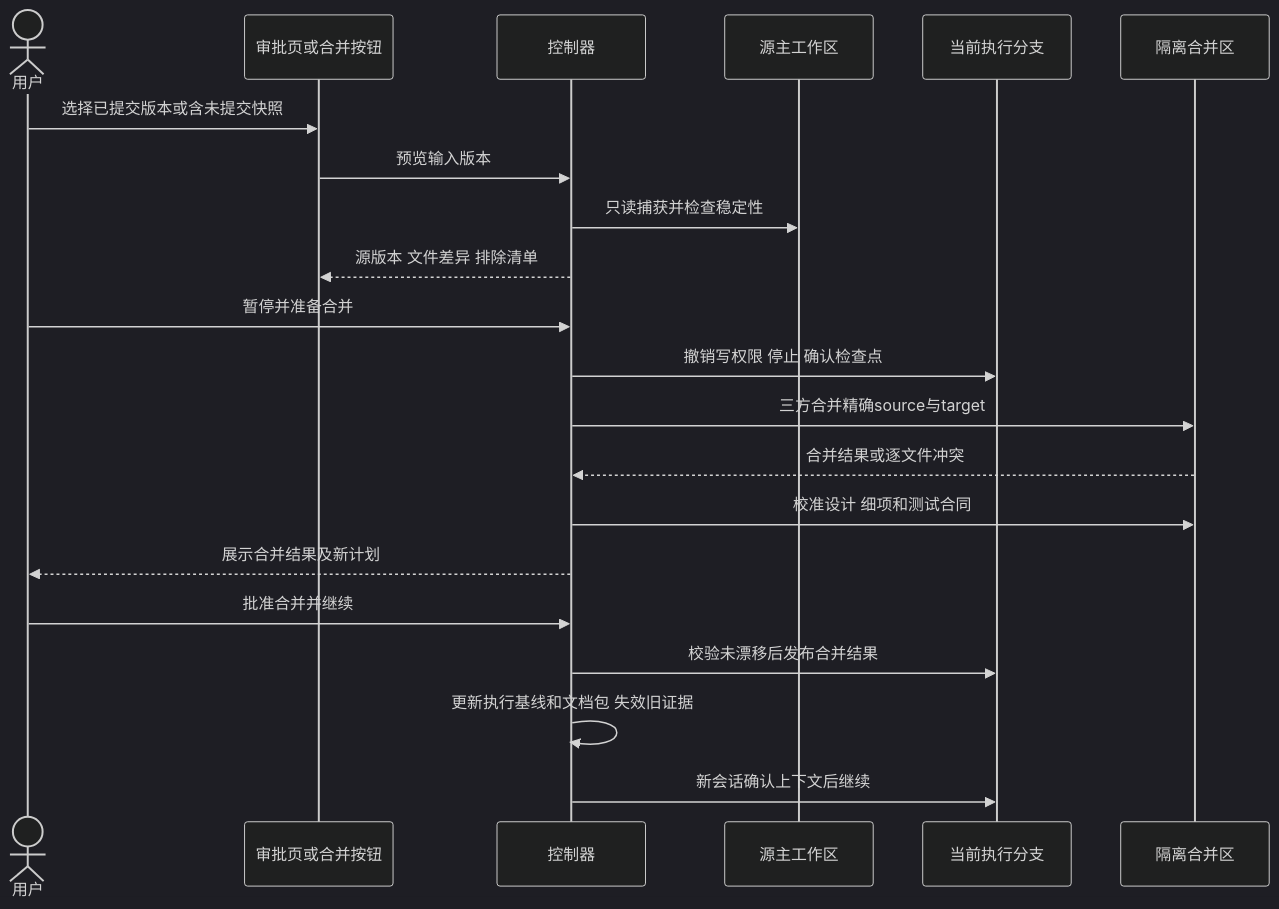
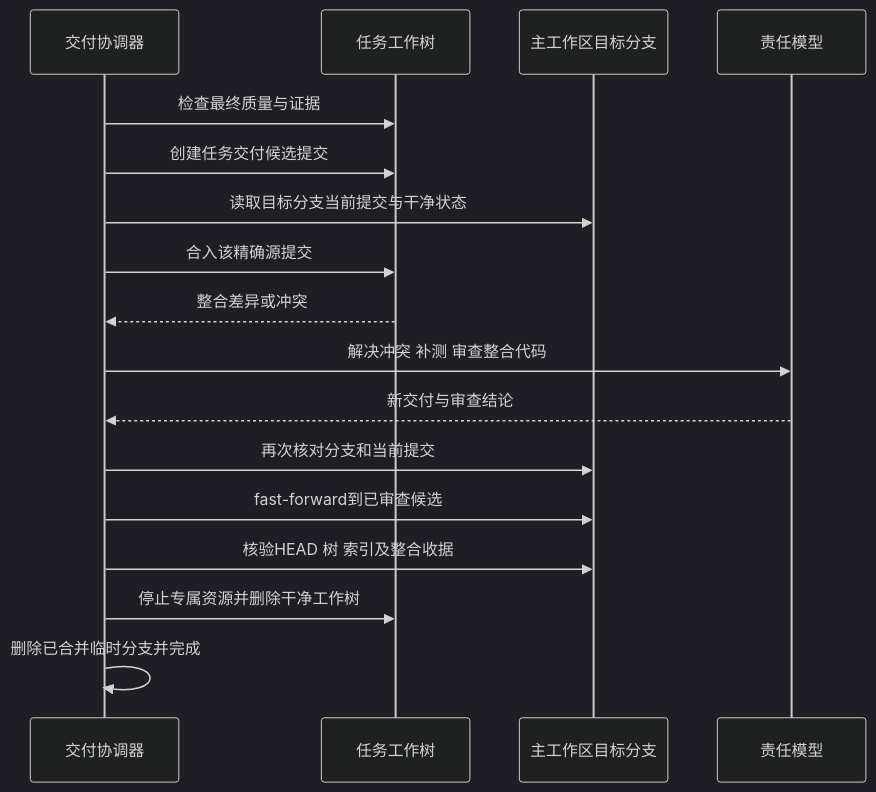
One commit to zephyrw/dev-flow changed the third of 3 diagrams in docs/plan/DevFlow跨平台通用工作流平台实施方案.md. Above: the diagram before and after it, drawn with Mermaid (dark theme). The commit also changed other lines of this file and 136 other files, not shown here.

````diff
--- a/docs/plan/DevFlow跨平台通用工作流平台实施方案.md
+++ b/docs/plan/DevFlow跨平台通用工作流平台实施方案.md
@@ -1379,23 +399,19 @@
 ```mermaid
 sequenceDiagram
-  actor U as 用户
-  participant UI as 审批页或合并按钮
-  participant C as 控制器
-  participant S as 源主工作区
-  participant T as 当前执行分支
-  participant I as 隔离合并区
-  U->>UI: 选择已提交版本或含未提交快照
-  UI->>C: 预览输入版本
-  C->>S: 只读捕获并检查稳定性
-  C-->>UI: 源版本 文件差异 排除清单
-  U->>C: 暂停并准备合并
-  C->>T: 撤销写权限 停止 确认检查点
-  C->>I: 三方合并精确source与target
-  I-->>C: 合并结果或逐文件冲突
-  C->>I: 校准设计 细项和测试合同
-  C-->>U: 展示合并结果及新计划
-  U->>C: 批准合并并继续
-  C->>T: 校验未漂移后发布合并结果
-  C->>C: 更新执行基线和文档包 失效旧证据
-  C->>T: 新会话确认上下文后继续
+  participant C as 交付协调器
+  participant T as 任务工作树
+  participant S as 主工作区目标分支
+  participant A as 责任模型
+  C->>T: 检查最终质量与证据
+  C->>T: 创建任务交付候选提交
+  C->>S: 读取目标分支当前提交与干净状态
+  C->>T: 合入该精确源提交
+  T-->>C: 整合差异或冲突
+  C->>A: 解决冲突 补测 审查整合代码
+  A-->>C: 新交付与审查结论
+  C->>S: 再次核对分支和当前提交
+  C->>S: fast-forward到已审查候选
+  C->>S: 核验HEAD 树 索引及整合收据
+  C->>T: 停止专属资源并删除干净工作树
+  C->>C: 删除已合并临时分支并完成
 ```
````
